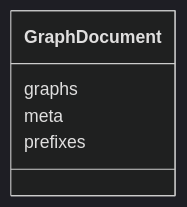
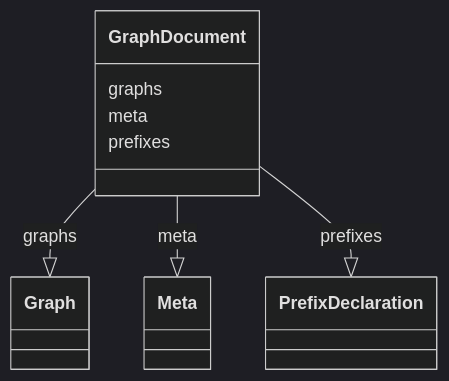
The diagram in obograph/GraphDocument.md (cthoyt/ontology-access-kit), drawn with Mermaid (dark theme) before and after one commit. The commit also changed other lines of this file and 3287 other files, not shown here.

````diff
--- a/obograph/GraphDocument.md
+++ b/obograph/GraphDocument.md
@@ -11,8 +14,17 @@
 ```{mermaid}
  classDiagram
     class GraphDocument
       GraphDocument : graphs
+        
+          GraphDocument --|> Graph : graphs
+        
       GraphDocument : meta
+        
+          GraphDocument --|> Meta : meta
+        
       GraphDocument : prefixes
+        
+          GraphDocument --|> PrefixDeclaration : prefixes
+        
       
 ```
````
